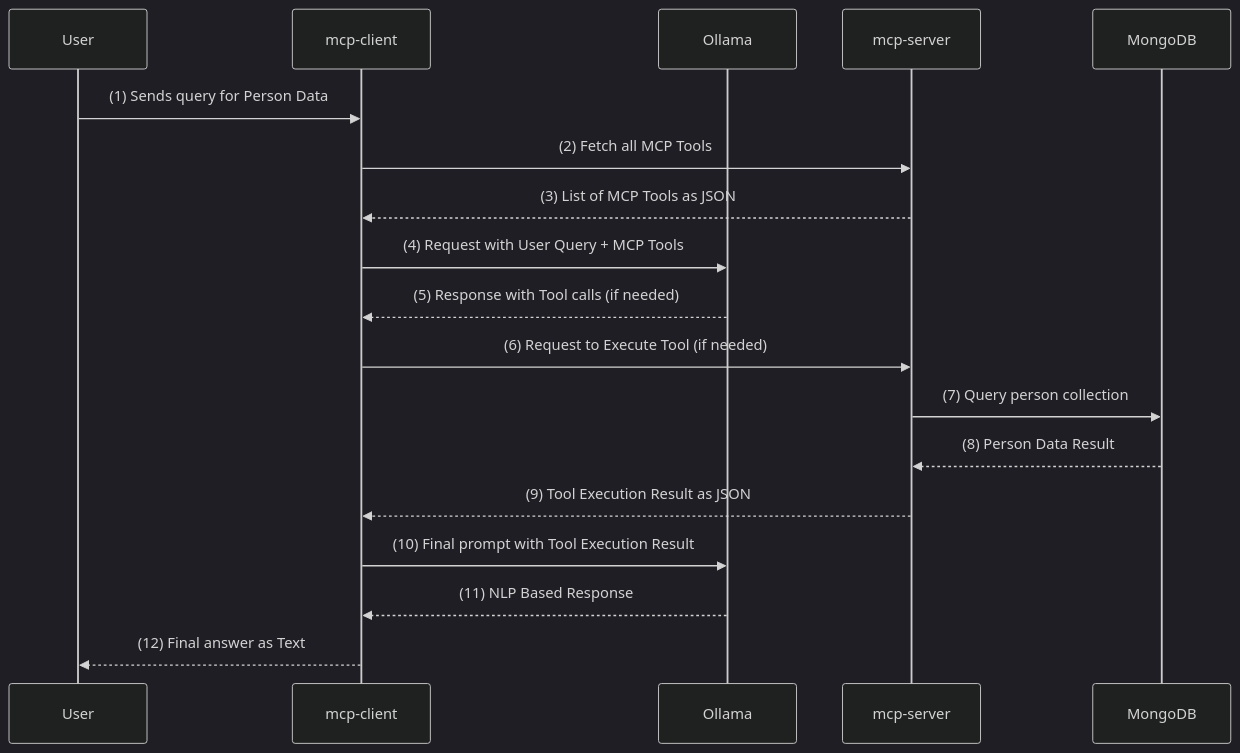
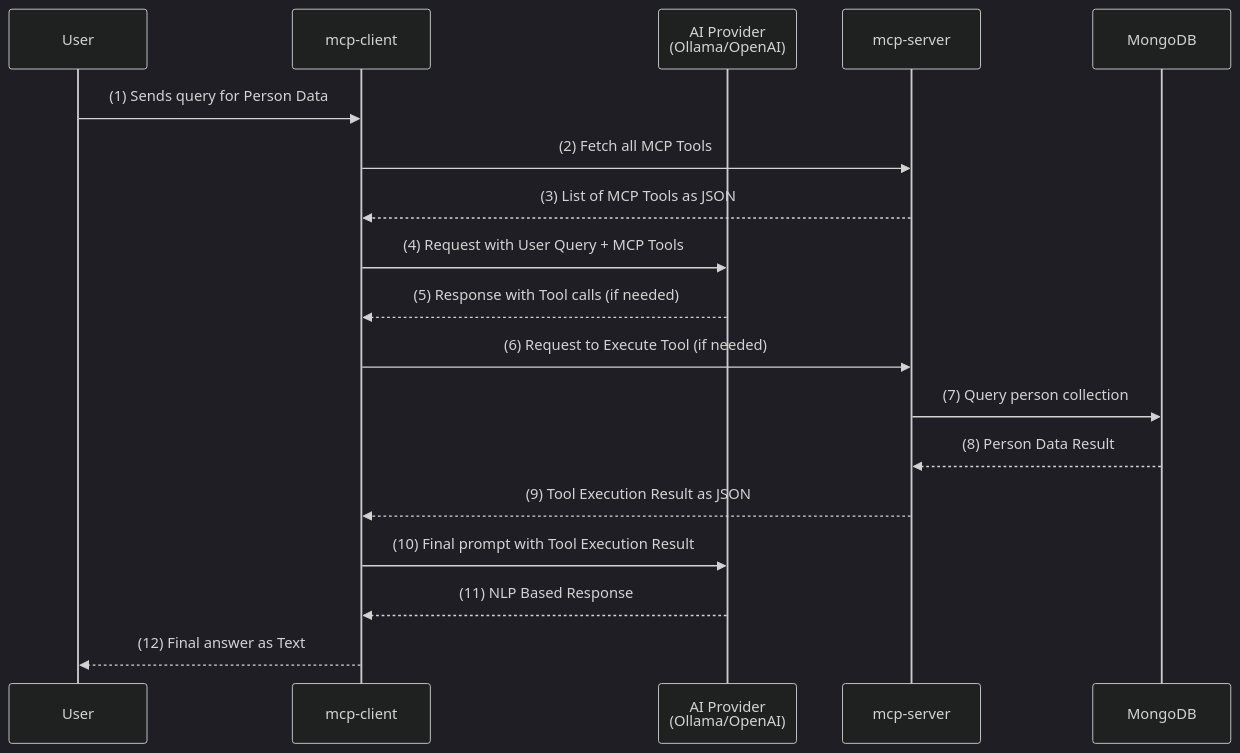
One commit to hemantsonu20/spring-ai-mcp-mongo changed the diagram in README.md. Above: the diagram before and after it, drawn with Mermaid (dark theme). The commit also changed other lines of this file and 6 other files, not shown here.

First line of the commit message:
Add OpenAI provider support alongside Ollama (#10)

````diff
--- a/README.md
+++ b/README.md
@@ -13,21 +15,21 @@
 ```mermaid
 sequenceDiagram
     participant User
     participant Client as mcp-client
-    participant LLM as Ollama
+    participant LLM as AI Provider<br/>(Ollama/OpenAI)
     participant Server as mcp-server
     participant DB as MongoDB
 
     User->>Client: (1) Sends query for Person Data
     Client->>Server: (2) Fetch all MCP Tools
     Server-->>Client: (3) List of MCP Tools as JSON
     Client->>LLM: (4) Request with User Query + MCP Tools
     LLM-->>Client: (5) Response with Tool calls (if needed)
     Client->>Server: (6) Request to Execute Tool (if needed)
     Server->>DB: (7) Query person collection
     DB-->>Server: (8) Person Data Result
     Server-->>Client: (9) Tool Execution Result as JSON
     Client->>LLM: (10) Final prompt with Tool Execution Result
     LLM-->>Client: (11) NLP Based Response
     Client-->>User: (12) Final answer as Text
 ```
````
